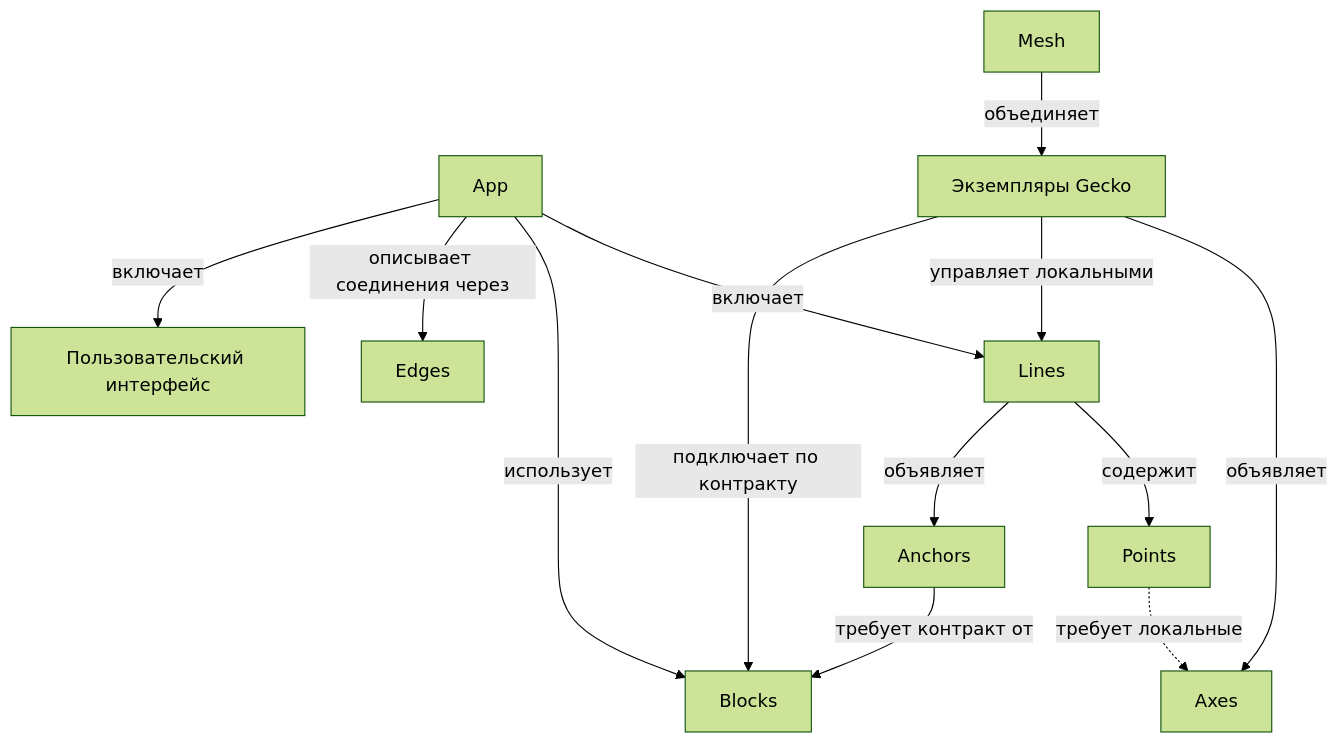
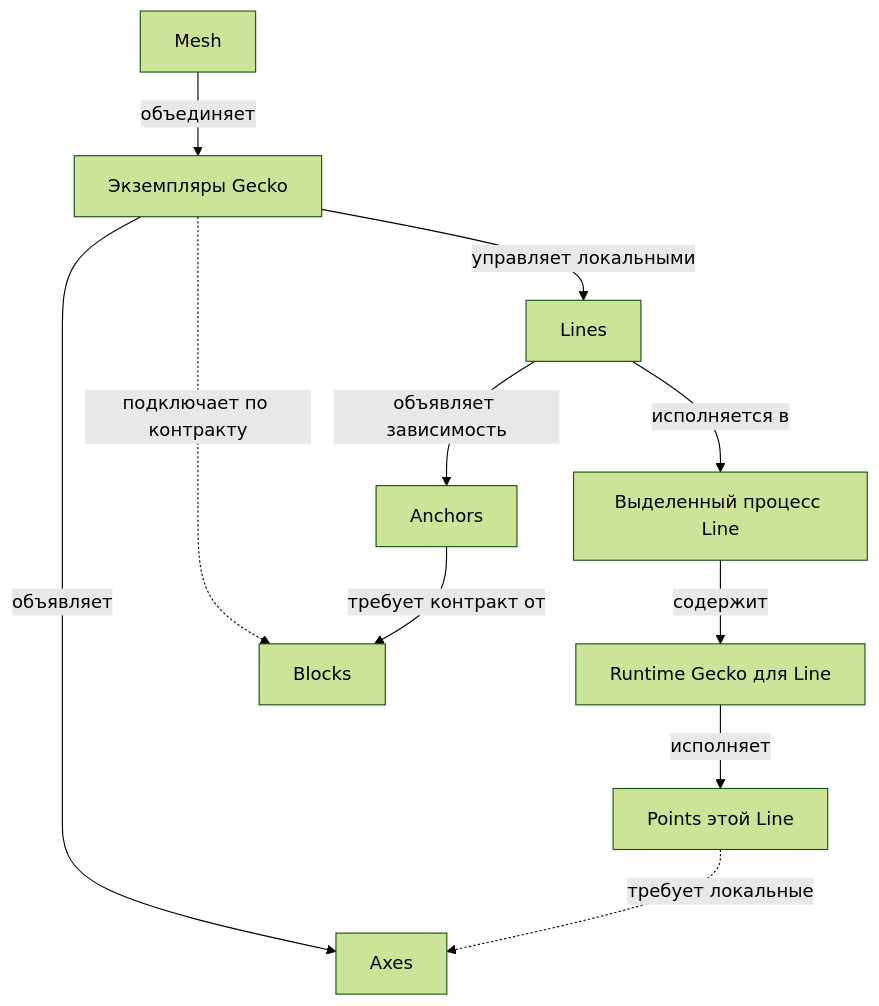
One commit to jfultr/gecko-core changed the second of 2 diagrams in docs/concepts.ru.md. Above: the diagram before and after it, drawn with Mermaid (forest theme). The commit also changed other lines of this file and 1 other file, not shown here.

Commit message:
docs: add Views and Point control view trace contracts

````diff
--- a/docs/concepts.ru.md
+++ b/docs/concepts.ru.md
@@ -49,15 +74,13 @@
 ```mermaid
 flowchart TB
-    App[App] -->|включает| Line[Lines]
-    App -->|использует| Block[Blocks]
-    App -->|описывает соединения через| Edge[Edges]
-    App -->|включает| UI[Пользовательский интерфейс]
-    Line -->|содержит| Point[Points]
-    Line -->|объявляет| Anchor[Anchors]
-    Anchor -->|требует контракт от| Block
     Mesh[Mesh] -->|объединяет| Gecko[Экземпляры Gecko]
     Gecko -->|объявляет| Axis[Axes]
-    Gecko -->|управляет локальными| Line
-    Gecko -->|подключает по контракту| Block
+    Gecko -->|управляет локальными| Line[Lines]
+    Line -->|исполняется в| Process[Выделенный процесс Line]
+    Process -->|содержит| Runtime[Runtime Gecko для Line]
+    Runtime -->|исполняет| Point[Points этой Line]
+    Gecko -.->|подключает по контракту| Block[Blocks]
+    Line -->|объявляет зависимость| Anchor[Anchors]
+    Anchor -->|требует контракт от| Block
     Point -.->|требует локальные| Axis
 ```
````
